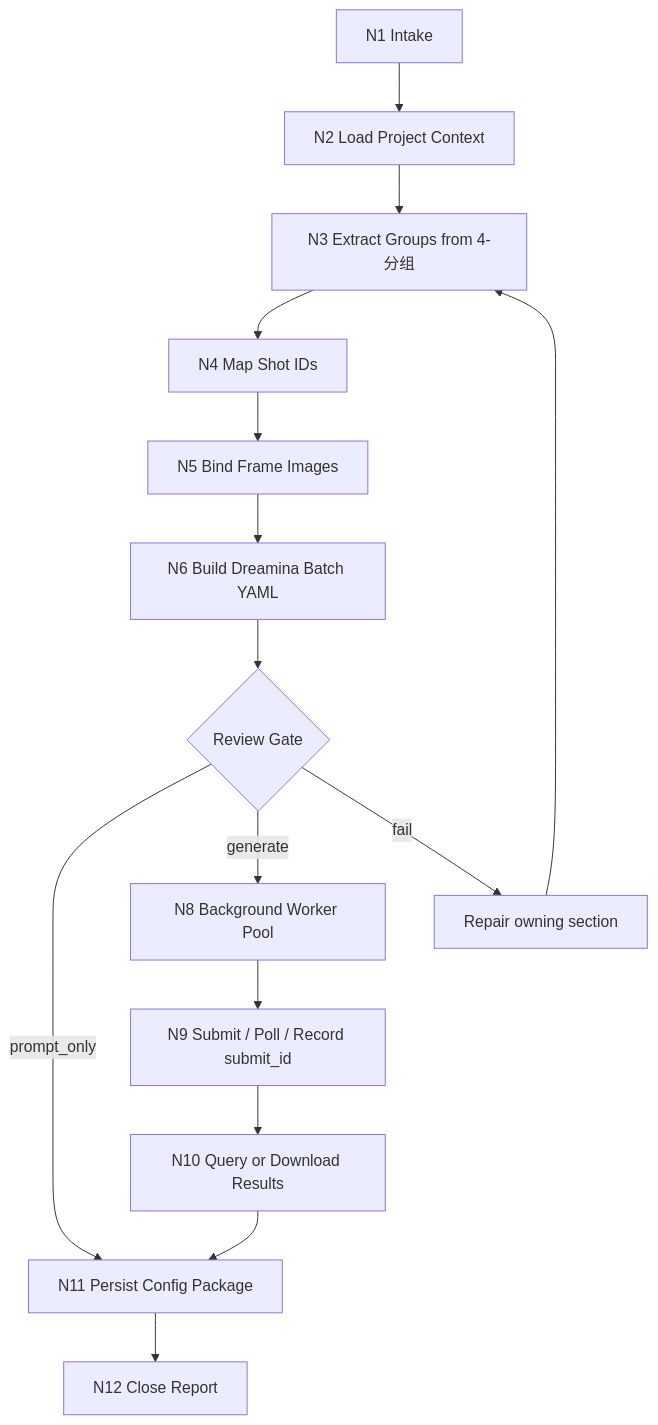
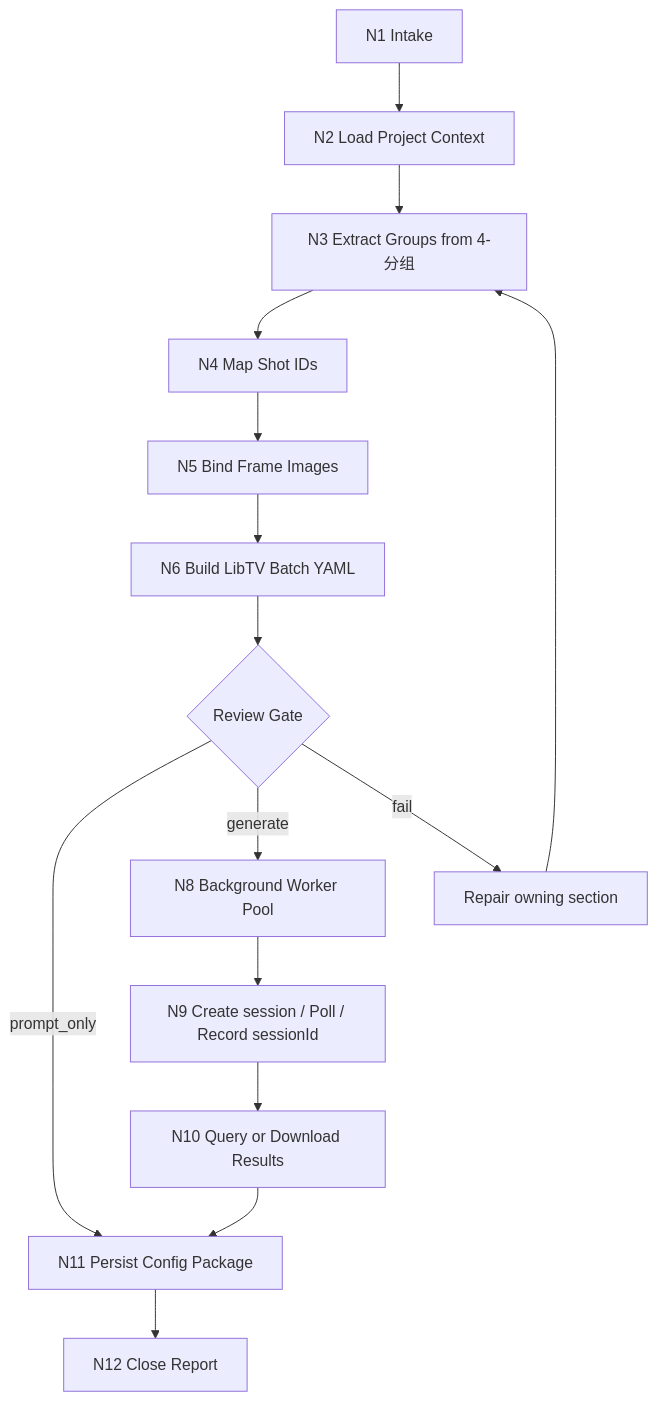
One commit to ZEN-VOID/AI-CUT changed the first of 2 diagrams in .agents/skills/aigc/7-视频/A-分镜画面参照/steps/frame-reference-video-workflow.md. Above: the diagram before and after it, drawn with Mermaid. The commit also changed other lines of this file and 173 other files, not shown here.

````diff
--- a/.agents/skills/aigc/7-视频/A-分镜画面参照/steps/frame-reference-video-workflow.md
+++ b/.agents/skills/aigc/7-视频/A-分镜画面参照/steps/frame-reference-video-workflow.md
@@ -7,17 +7,17 @@
 ```mermaid
 flowchart TD
     N1["N1 Intake"] --> N2["N2 Load Project Context"]
     N2 --> N3["N3 Extract Groups from 4-分组"]
     N3 --> N4["N4 Map Shot IDs"]
     N4 --> N5["N5 Bind Frame Images"]
-    N5 --> N6["N6 Build Dreamina Batch YAML"]
+    N5 --> N6["N6 Build LibTV Batch YAML"]
     N6 --> N7{"Review Gate"}
     N7 -->|"prompt_only"| N11["N11 Persist Config Package"]
     N7 -->|"generate"| N8["N8 Background Worker Pool"]
-    N8 --> N9["N9 Submit / Poll / Record submit_id"]
+    N8 --> N9["N9 Create session / Poll / Record sessionId"]
     N9 --> N10["N10 Query or Download Results"]
     N10 --> N11
     N7 -->|"fail"| R["Repair owning section"]
     R --> N3
     N11 --> N12["N12 Close Report"]
 ```
````
